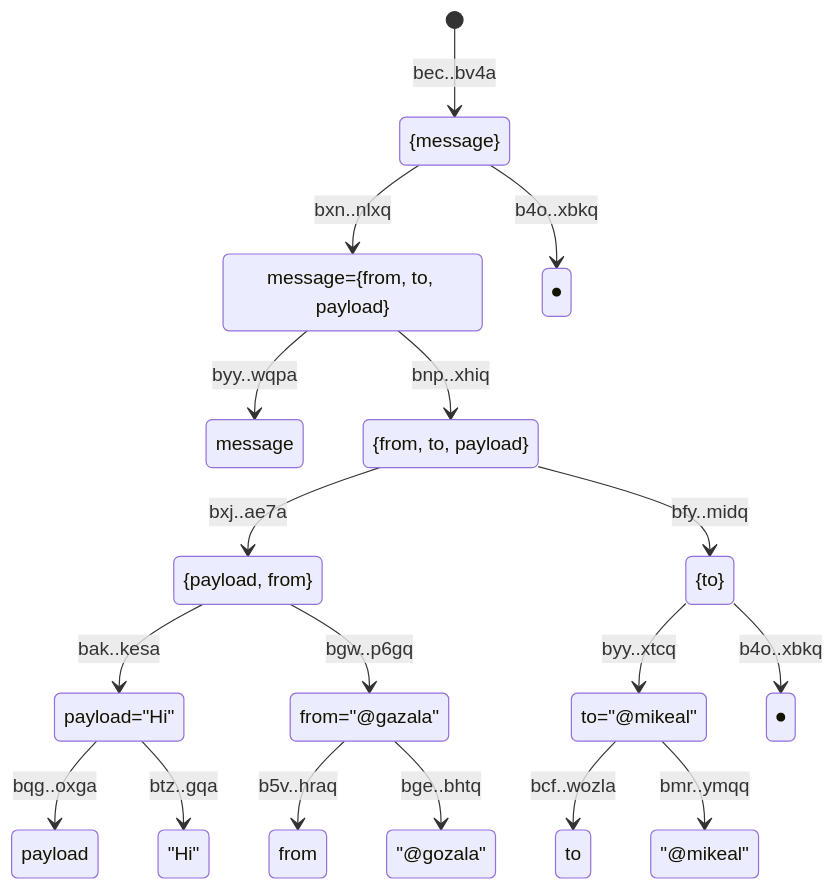
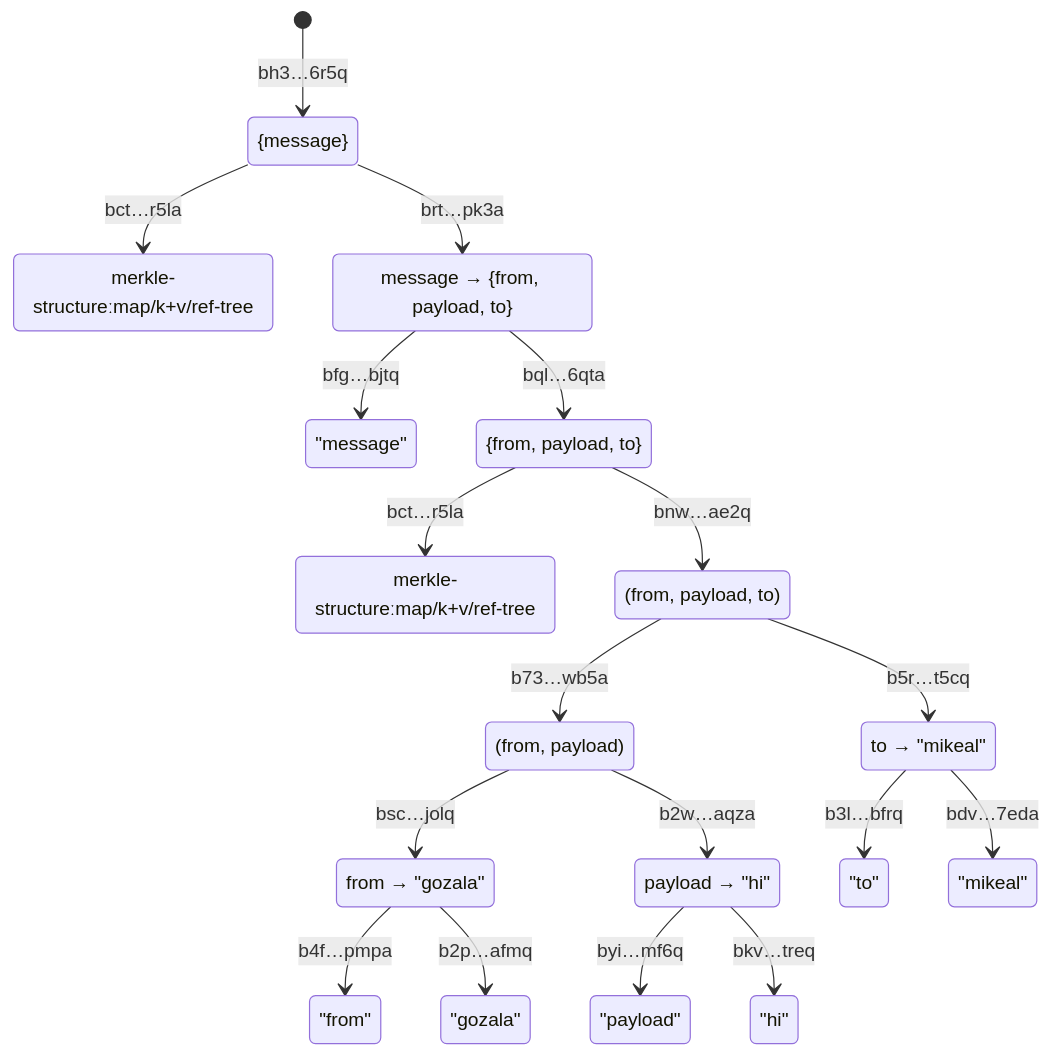
Diagram 14 of 17 in rfc/merkle-structure.md (storacha/RFC), drawn with Mermaid before and after one commit. The commit also changed other lines of this file, not shown here.

Commit message:
chore: incorporate ideas from mikeal and draws some from blake3 bao tree

````diff
--- a/rfc/merkle-structure.md
+++ b/rfc/merkle-structure.md
@@ -187,44 +311,37 @@
 ```mermaid
 stateDiagram-v2
-[*] --> Root: bec..bv4a
-Root: {message}
-Root --> MSG: bxn..nlxq
-Root --> Root_: b4o..xbkq
-Root_: ⏺
-
-MSG: message={from, to, payload}
-MSG --> MSG_K: byy..wqpa
-MSG --> MSG_V: bnp..xhiq
-MSG_K: message
-MSG_V: {from, to, payload}
-MSG_V --> payload_from: bxj..ae7a
-payload_from: {payload, from}
-
-payload_from --> payload: bak..kesa
-payload_from --> from: bgw..p6gq
-from: from="@gazala"
-to_ --> to: byy..xtcq
-to_: {to}
-to: to="@mikeal"
-MSG_V --> to_: bfy..midq
-
-
-to_ --> _:  b4o..xbkq
-_: ⏺
-payload: payload="Hi"
-
-payload --> payload_k: bqg..oxga
-payload --> payload_v: btz..gqa
-payload_k: payload
-payload_v: "Hi"
-
-from --> from_k: b5v..hraq
-from_k: from
-from --> from_v: bge..bhtq
-from_v: "@gozala"
-
-to --> to_k: bcf..wozla
-to_k: to
-to --> to_v: bmr..ymqq
-to_v: "@mikeal"
+bh36wnfqmtfpzeuzjbbzgzwad2o5k24g2h45tdnzwlmu5g2zv6r5q: {message}
+[*] --> bh36wnfqmtfpzeuzjbbzgzwad2o5k24g2h45tdnzwlmu5g2zv6r5q: bh3…6r5q
+bh36wnfqmtfpzeuzjbbzgzwad2o5k24g2h45tdnzwlmu5g2zv6r5q --> bctsusf43mtwpk26fdbuezqrxqkqfccqsojfxiop3lk33a63zr5la_bh36wnfqmtfpzeuzjbbzgzwad2o5k24g2h45tdnzwlmu5g2zv6r5q: bct…r5la
+bctsusf43mtwpk26fdbuezqrxqkqfccqsojfxiop3lk33a63zr5la_bh36wnfqmtfpzeuzjbbzgzwad2o5k24g2h45tdnzwlmu5g2zv6r5q: merkle-structureːmap/k+v/ref-tree
+brtcu4tzavuqsg2225b3wljixstrc3ncwsv7fj2ugl6h7ru5upk3a: message → {from, payload, to}
+bh36wnfqmtfpzeuzjbbzgzwad2o5k24g2h45tdnzwlmu5g2zv6r5q --> brtcu4tzavuqsg2225b3wljixstrc3ncwsv7fj2ugl6h7ru5upk3a: brt…pk3a
+bfg2vsqxqsezfri672vr7rmapx4kxuliqvqsu6tadximgiiowbjtq: "message"
+brtcu4tzavuqsg2225b3wljixstrc3ncwsv7fj2ugl6h7ru5upk3a --> bfg2vsqxqsezfri672vr7rmapx4kxuliqvqsu6tadximgiiowbjtq: bfg…bjtq
+bqlqke2x7vzuyfnmrz76bvbjystdytqjt5qa5nk7vhanz2tgd6qta: {from, payload, to}
+brtcu4tzavuqsg2225b3wljixstrc3ncwsv7fj2ugl6h7ru5upk3a --> bqlqke2x7vzuyfnmrz76bvbjystdytqjt5qa5nk7vhanz2tgd6qta: bql…6qta
+bqlqke2x7vzuyfnmrz76bvbjystdytqjt5qa5nk7vhanz2tgd6qta --> bctsusf43mtwpk26fdbuezqrxqkqfccqsojfxiop3lk33a63zr5la_bqlqke2x7vzuyfnmrz76bvbjystdytqjt5qa5nk7vhanz2tgd6qta: bct…r5la
+bctsusf43mtwpk26fdbuezqrxqkqfccqsojfxiop3lk33a63zr5la_bqlqke2x7vzuyfnmrz76bvbjystdytqjt5qa5nk7vhanz2tgd6qta: merkle-structureːmap/k+v/ref-tree
+bqlqke2x7vzuyfnmrz76bvbjystdytqjt5qa5nk7vhanz2tgd6qta --> bnwwigko5rok3gdvfoutercs5odwjg7fowmctmg2mzvj4ys6hae2q: bnw…ae2q
+bnwwigko5rok3gdvfoutercs5odwjg7fowmctmg2mzvj4ys6hae2q: (from, payload, to)
+bnwwigko5rok3gdvfoutercs5odwjg7fowmctmg2mzvj4ys6hae2q --> b7333nh7pbgoqqgiwhjhfi5awdarndrie7yqc3bvpgpeam6cpwb5a: b73…wb5a
+b7333nh7pbgoqqgiwhjhfi5awdarndrie7yqc3bvpgpeam6cpwb5a: (from, payload)
+bschspxtqysrtju3vjos2qyjksx5btg7i5b3qtpykk6rdoqqijolq: from → "gozala"
+b7333nh7pbgoqqgiwhjhfi5awdarndrie7yqc3bvpgpeam6cpwb5a --> bschspxtqysrtju3vjos2qyjksx5btg7i5b3qtpykk6rdoqqijolq: bsc…jolq
+b4favdqvcabhqzapq7u342wdjiomsjkigrtwrz3kx2al5ir7rpmpa: "from"
+bschspxtqysrtju3vjos2qyjksx5btg7i5b3qtpykk6rdoqqijolq --> b4favdqvcabhqzapq7u342wdjiomsjkigrtwrz3kx2al5ir7rpmpa: b4f…pmpa
+b2pxmqhmw744blm6cjllkcc6pc34o4ei2k5g3k6k332k2rtrxafmq: "gozala"
+bschspxtqysrtju3vjos2qyjksx5btg7i5b3qtpykk6rdoqqijolq --> b2pxmqhmw744blm6cjllkcc6pc34o4ei2k5g3k6k332k2rtrxafmq: b2p…afmq
+b2w2bpvpvugjoflsgyqoq3e46pbd4ubqdtesujy2febabpvjeaqza: payload → "hi"
+b7333nh7pbgoqqgiwhjhfi5awdarndrie7yqc3bvpgpeam6cpwb5a --> b2w2bpvpvugjoflsgyqoq3e46pbd4ubqdtesujy2febabpvjeaqza: b2w…aqza
+byidymun6ikangmxhzxcafpq3xxwpkiawfnwobrx6qmjbalwumf6q: "payload"
+b2w2bpvpvugjoflsgyqoq3e46pbd4ubqdtesujy2febabpvjeaqza --> byidymun6ikangmxhzxcafpq3xxwpkiawfnwobrx6qmjbalwumf6q: byi…mf6q
+bkvgjhk3q5m7eoi7nbdw6gmhnws23vyk2hjtvbhikpppza5zttreq: "hi"
+b2w2bpvpvugjoflsgyqoq3e46pbd4ubqdtesujy2febabpvjeaqza --> bkvgjhk3q5m7eoi7nbdw6gmhnws23vyk2hjtvbhikpppza5zttreq: bkv…treq
+b5raywmp6ufhuu3voy24na7fwghxpgkzjpigme7gdj56ikpwvt5cq: to → "mikeal"
+bnwwigko5rok3gdvfoutercs5odwjg7fowmctmg2mzvj4ys6hae2q --> b5raywmp6ufhuu3voy24na7fwghxpgkzjpigme7gdj56ikpwvt5cq: b5r…t5cq
+b3l37snttnejelpinu5yf665h6gipstmwnz724cwbjilfm7lxbfrq: "to"
+b5raywmp6ufhuu3voy24na7fwghxpgkzjpigme7gdj56ikpwvt5cq --> b3l37snttnejelpinu5yf665h6gipstmwnz724cwbjilfm7lxbfrq: b3l…bfrq
+bdvjuzbamcoxuvnws2p2xpk6t6f5n55urxin26oa5akiakxsu7eda: "mikeal"
+b5raywmp6ufhuu3voy24na7fwghxpgkzjpigme7gdj56ikpwvt5cq --> bdvjuzbamcoxuvnws2p2xpk6t6f5n55urxin26oa5akiakxsu7eda: bdv…7eda
 ```
````
